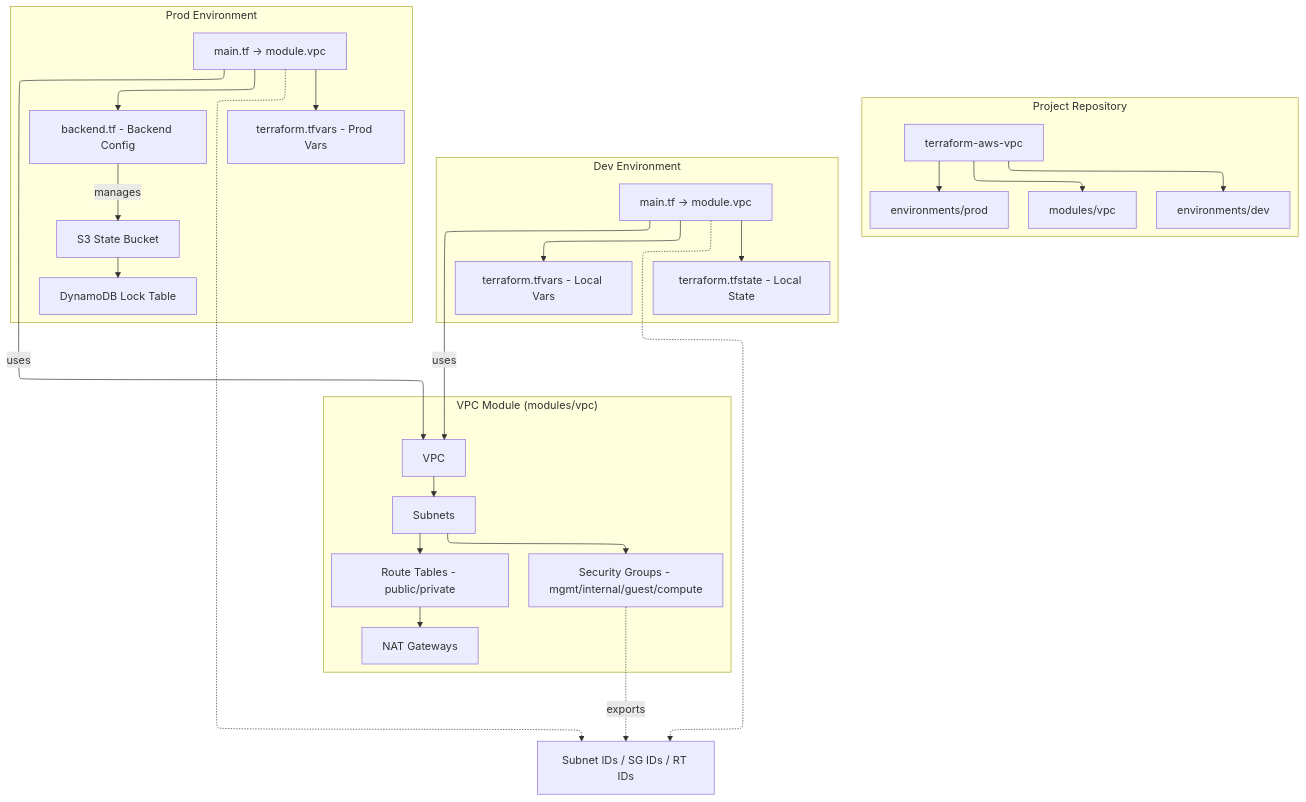
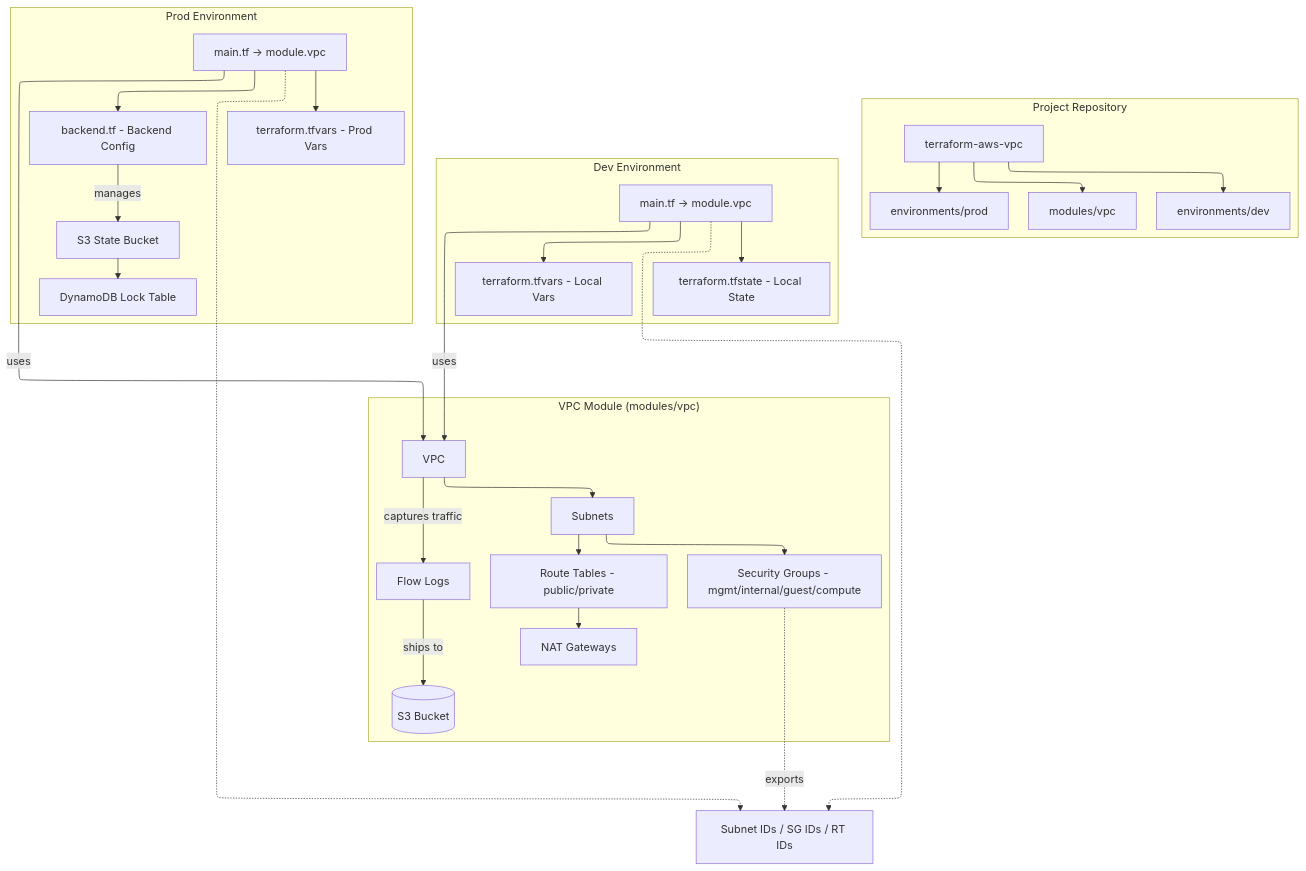
The first of 4 diagrams in README.md (m3lcy/terraform-aws-vpc), drawn with Mermaid before and after one commit. The commit also changed other lines of this file, not shown here.

````diff
--- a/README.md
+++ b/README.md
@@ -21,55 +22,59 @@
 ```mermaid
 ---
 config:
   layout: elk
 ---
 flowchart TB
   subgraph Repo ["Project Repository"]
     direction TB
     A[terraform-aws-vpc]
     A --> B[modules/vpc]
     A --> C[environments/dev]
     A --> D[environments/prod]
   end
 
-  subgraph VPC_Module ["VPC Module (modules/vpc)"]
+subgraph VPC_Module ["VPC Module (modules/vpc)"]
     direction TB
     M1[VPC]
     M2[Subnets]
     M3[Route Tables - public/private]
     M4[Security Groups - mgmt/internal/guest/compute]
     M5[NAT Gateways]
+    M6[Flow Logs]
+    M7[(S3 Bucket)]
     M1 --> M2
     M2 --> M3
     M2 --> M4
     M3 --> M5
-  end
+    M1 -->|captures traffic| M6
+    M6 -->|ships to| M7
+end
 
   subgraph Dev_Env ["Dev Environment"]
     direction TB
     E1[main.tf -> module.vpc]
     E2[terraform.tfvars - Local Vars]
     E3[terraform.tfstate - Local State]
     E1 -->|uses| M1
     E1 --> E2
     E1 --> E3
   end
 
   subgraph Prod_Env ["Prod Environment"]
     direction TB
     P1[main.tf -> module.vpc]
     P2[terraform.tfvars - Prod Vars]
     P3[backend.tf - Backend Config]
     P4[S3 State Bucket]
     P5[DynamoDB Lock Table]
     
     P1 -->|uses| M1
     P1 --> P2
     P1 --> P3
     P3 -->|manages| P4
     P4 --> P5
   end  
   M4 -.->|exports| O[Subnet IDs / SG IDs / RT IDs]
   E1 -.-> O
   P1 -.-> O
 ```
````
